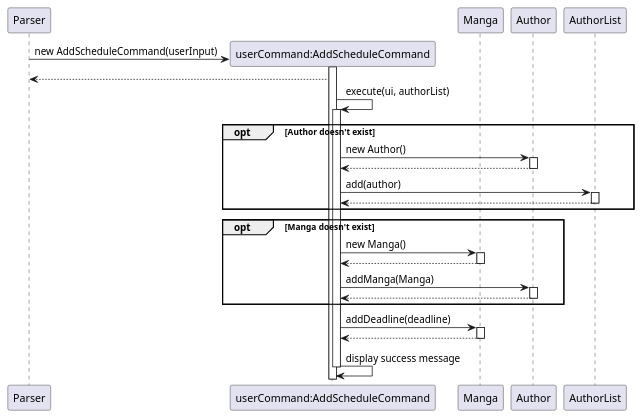
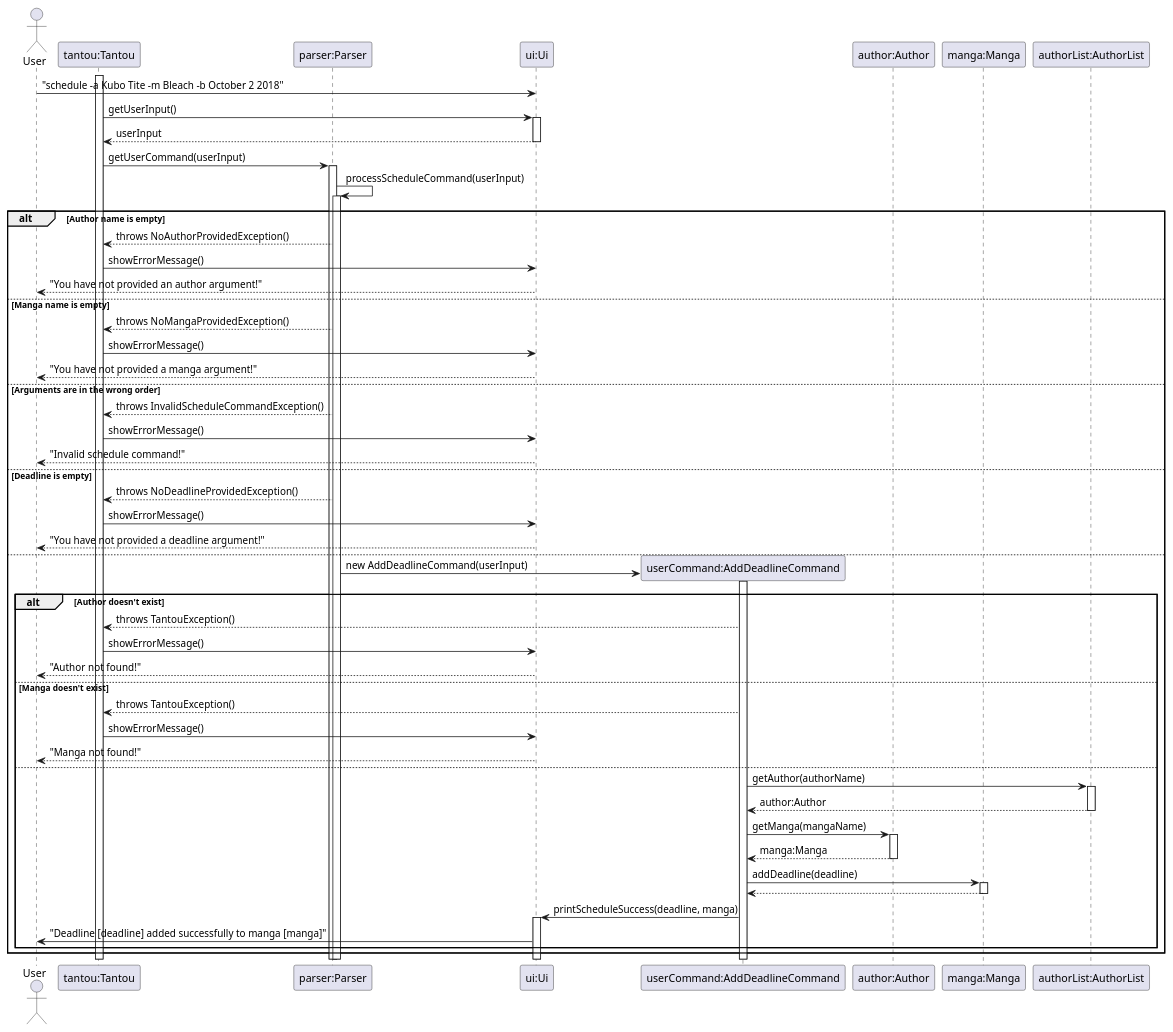
The diagram in docs/uml/puml/schedule.puml (xenthm/tp), drawn with PlantUML before and after one commit. The commit also changed 3 other files, not shown here.

Commit message:
Draft of schedule object diagram

```diff
--- a/docs/uml/puml/schedule.puml
+++ b/docs/uml/puml/schedule.puml
@@ -1,43 +1,75 @@
 @startuml
 
-participant Parser
-participant "userCommand:AddScheduleCommand" as userCommand
-participant Manga
-participant Author
+actor User
+participant "tantou:Tantou" as tantou
+participant "parser:Parser" as parser
+participant "ui:Ui" as ui
+participant "userCommand:AddDeadlineCommand" as userCommand
+participant "author:Author" as author
+participant "manga:Manga" as manga
+participant "authorList:AuthorList" as authorList
 
-create userCommand
-Parser -> userCommand : new AddScheduleCommand(userInput)
-activate userCommand
-Parser <-- userCommand
+activate tantou
 
-userCommand -> userCommand: execute(ui, authorList)
-activate userCommand
-    opt Author doesn't exist
-        userCommand -> Author : new Author()
-        activate Author
-        userCommand <-- Author
-        deactivate Author
-        userCommand -> AuthorList : add(author)
-        activate AuthorList
-        userCommand <-- AuthorList
-        deactivate AuthorList
+User -> ui : "schedule -a Kubo Tite -m Bleach -b October 2 2018"
+
+tantou -> ui: getUserInput()
+activate ui
+ui --> tantou: userInput
+deactivate ui
+
+tantou -> parser:getUserCommand(userInput)
+activate parser
+parser -> parser : processScheduleCommand(userInput)
+activate parser
+alt Author name is empty
+    parser --> tantou : throws NoAuthorProvidedException()
+    tantou -> ui : showErrorMessage()
+    ui --> User : "You have not provided an author argument!"
+else Manga name is empty
+    parser --> tantou : throws NoMangaProvidedException()
+    tantou -> ui : showErrorMessage()
+    ui --> User : "You have not provided a manga argument!"
+else Arguments are in the wrong order
+    parser --> tantou : throws InvalidScheduleCommandException()
+    tantou -> ui : showErrorMessage()
+    ui --> User : "Invalid schedule command!"
+else Deadline is empty
+    parser --> tantou : throws NoDeadlineProvidedException()
+    tantou -> ui : showErrorMessage()
+    ui --> User : "You have not provided a deadline argument!"
+else
+    create userCommand
+    parser -> userCommand : new AddDeadlineCommand(userInput)
+    activate userCommand
+    alt Author doesn't exist
+        userCommand --> tantou : throws TantouException()
+        tantou -> ui : showErrorMessage()
+        ui --> User : "Author not found!"
+    else Manga doesn't exist
+        userCommand --> tantou : throws TantouException()
+        tantou -> ui : showErrorMessage()
+        ui --> User : "Manga not found!"
+    else
+        userCommand -> authorList : getAuthor(authorName)
+        activate authorList
+        authorList --> userCommand : author:Author
+        deactivate authorList
+
+        userCommand -> author : getManga(mangaName)
+        activate author
+        author --> userCommand : manga:Manga
+        deactivate author
+
+        userCommand -> manga : addDeadline(deadline)
+        activate manga
+        manga --> userCommand
+        deactivate manga
+
+        userCommand -> ui:printScheduleSuccess(deadline, manga)
+        activate ui
+        ui -> User : "Deadline [deadline] added successfully to manga [manga]"
     end
-
-    opt Manga doesn't exist
-        userCommand -> Manga : new Manga()
-        activate Manga
-        userCommand <-- Manga
-        deactivate Manga
-        userCommand -> Author : addManga(Manga)
-        activate Author
-        userCommand <-- Author
-        deactivate Author
-    end
-    userCommand -> Manga : addDeadline(deadline)
-    activate Manga
-    userCommand <-- Manga
-    deactivate Manga
-    userCommand -> userCommand: display success message
-    deactivate userCommand
+end
 
 @enduml
```
